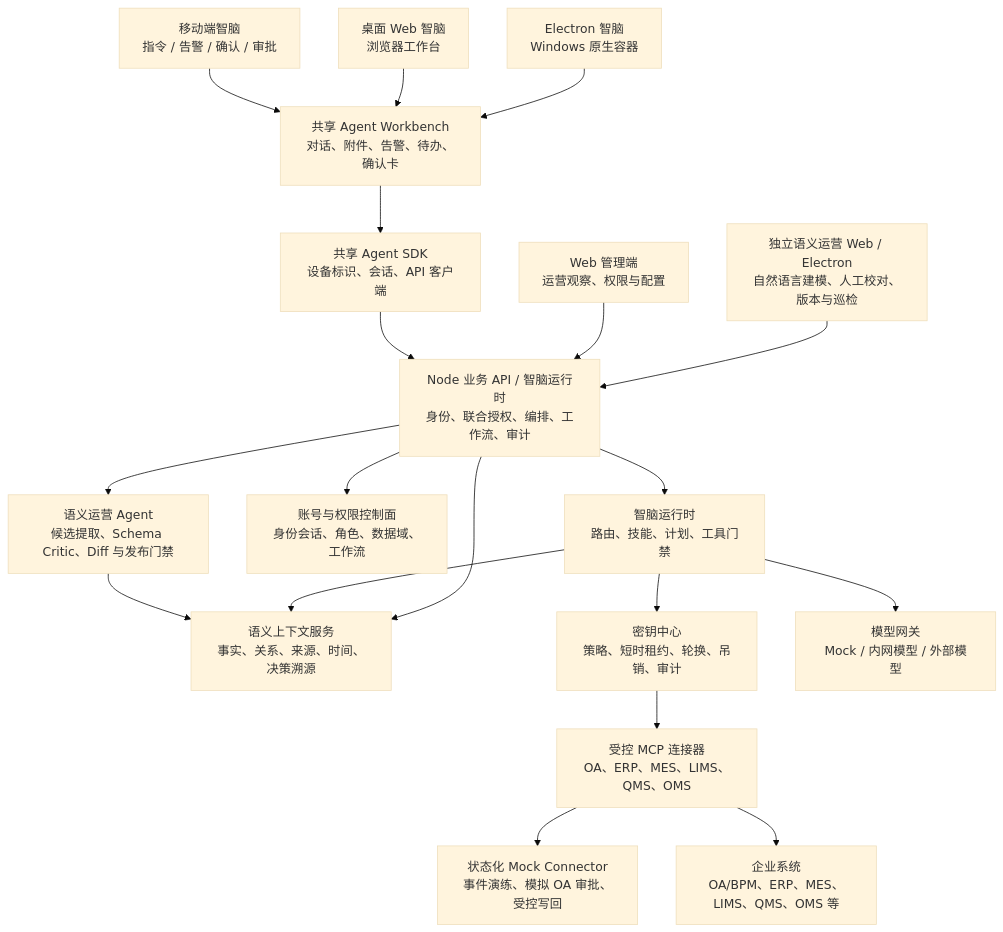
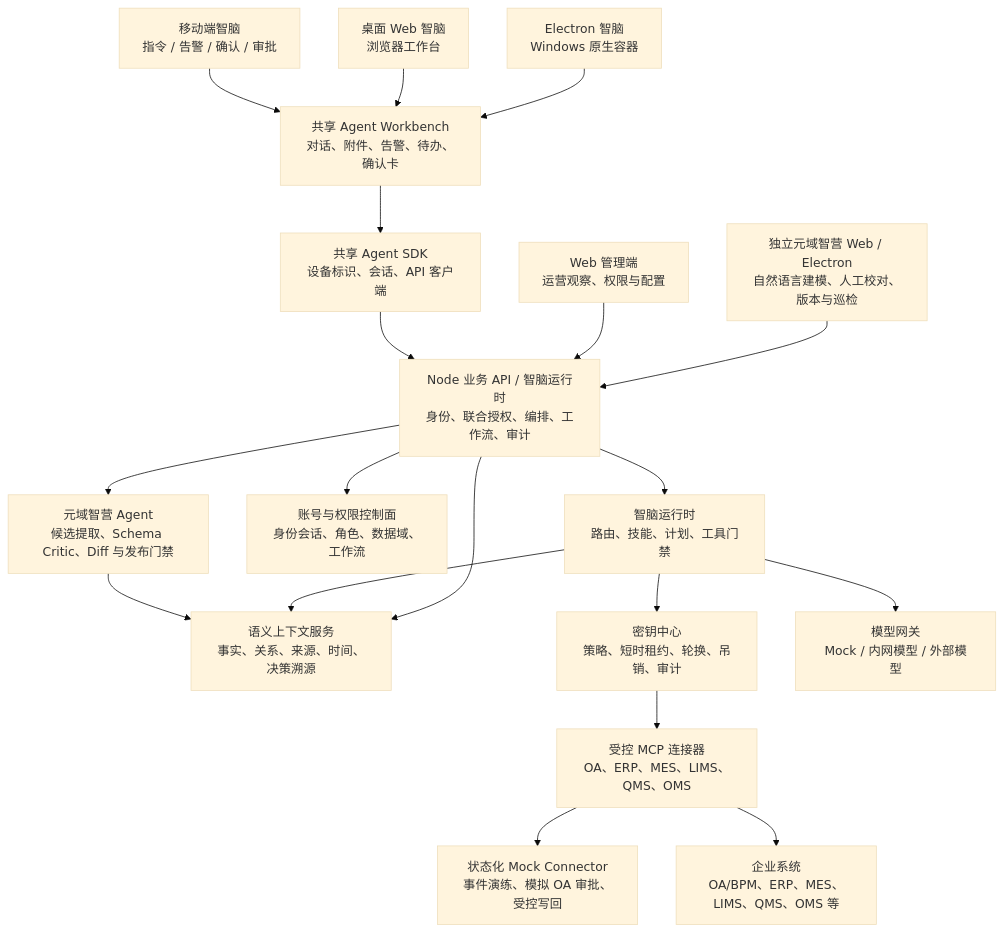
One commit to shulinw27-web/yuanyu-zhinao changed the first of 4 diagrams in docs/architecture/ARCHITECTURE.md. Above: the diagram before and after it, drawn with Mermaid (base theme). The commit also changed other lines of this file and 106 other files, not shown here.

````diff
--- a/docs/architecture/ARCHITECTURE.md
+++ b/docs/architecture/ARCHITECTURE.md
@@ -39,39 +75,39 @@
 ```mermaid
 flowchart TB
   Mobile["移动端智脑\n指令 / 告警 / 确认 / 审批"]
   DesktopWeb["桌面 Web 智脑\n浏览器工作台"]
   Electron["Electron 智脑\nWindows 原生容器"]
   Web["Web 管理端\n运营观察、权限与配置"]
-  SemanticOps["独立语义运营 Web / Electron\n自然语言建模、人工校对、版本与巡检"]
-  SemanticAgent["语义运营 Agent\n候选提取、Schema Critic、Diff 与发布门禁"]
+  SemanticOps["独立元域智营 Web / Electron\n自然语言建模、人工校对、版本与巡检"]
+  SemanticAgent["元域智营 Agent\n候选提取、Schema Critic、Diff 与发布门禁"]
   Workbench["共享 Agent Workbench\n对话、附件、告警、待办、确认卡"]
   SDK["共享 Agent SDK\n设备标识、会话、API 客户端"]
   API["Node 业务 API / 智脑运行时\n身份、联合授权、编排、工作流、审计"]
   Account["账号与权限控制面\n身份会话、角色、数据域、工作流"]
   Agent["智脑运行时\n路由、技能、计划、工具门禁"]
   Semantic["语义上下文服务\n事实、关系、来源、时间、决策溯源"]
   Key["密钥中心\n策略、短时租约、轮换、吊销、审计"]
   Model["模型网关\nMock / 内网模型 / 外部模型"]
   MCP["受控 MCP 连接器\nOA、ERP、MES、LIMS、QMS、OMS"]
   Mock["状态化 Mock Connector\n事件演练、模拟 OA 审批、受控写回"]
   Systems["企业系统\nOA/BPM、ERP、MES、LIMS、QMS、OMS 等"]
 
   Mobile --> Workbench
   DesktopWeb --> Workbench
   Electron --> Workbench
   Workbench --> SDK
   SDK --> API
   Web --> API
   SemanticOps --> API
   API --> SemanticAgent
   SemanticAgent --> Semantic
   API --> Account
   API --> Agent
   Agent --> Semantic
   Agent --> Model
   Agent --> Key
   Key --> MCP
   MCP --> Mock
   MCP --> Systems
   API --> Semantic
 ```
````
